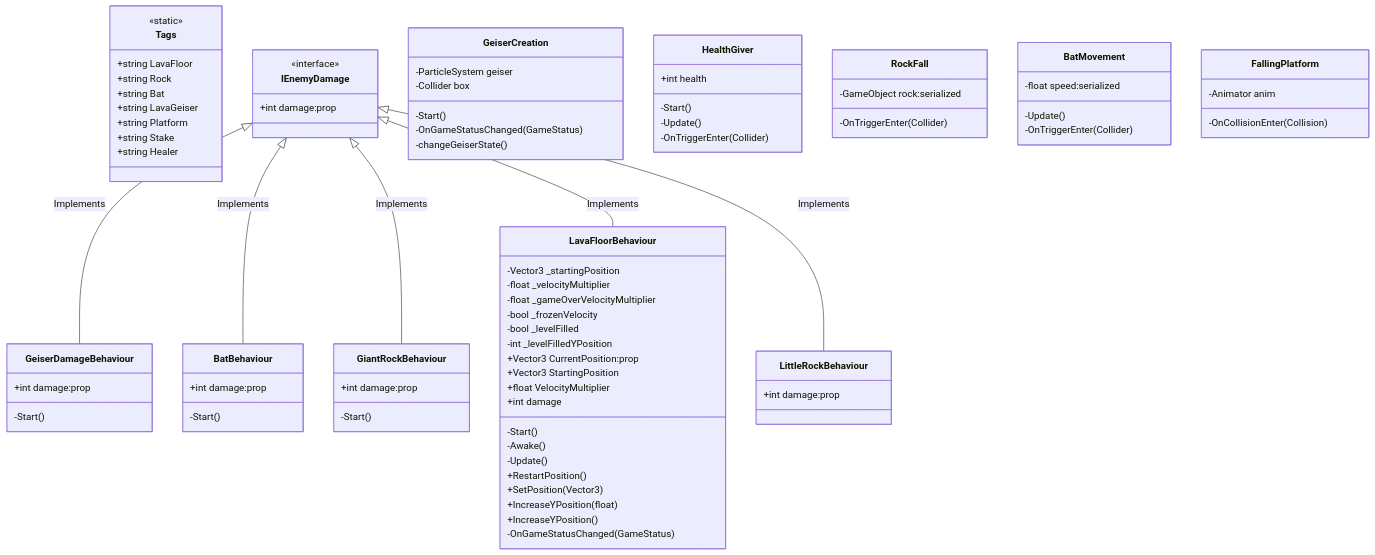
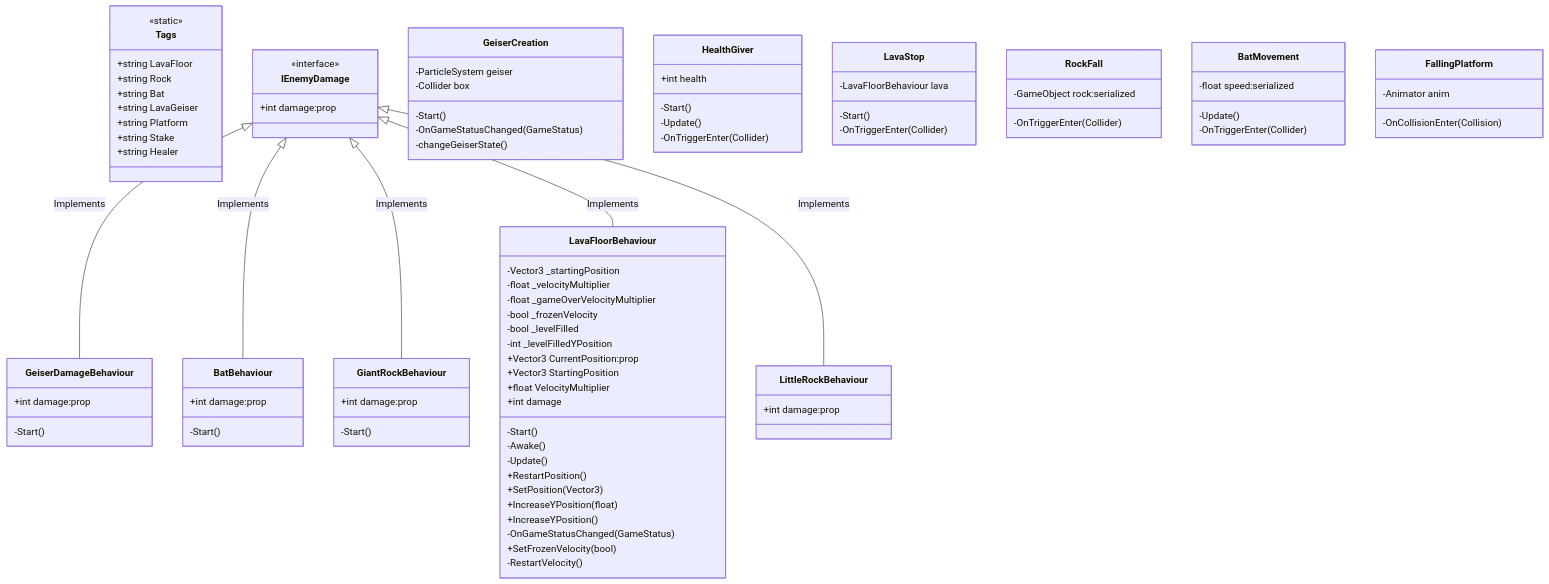
The third of 5 diagrams in README.md (Eldamo24/Floor-is-Lava), drawn with Mermaid before and after one commit.

```diff
--- a/README.md
+++ b/README.md
@@ -172,6 +172,12 @@
         -OnTriggerEnter(Collider)
     }
 
+    class LavaStop{
+	-LavaFloorBehaviour lava
+	-Start()
+	-OnTriggerEnter(Collider)
+    }
+
     IEnemyDamage<|-- LavaFloorBehaviour : Implements
     class LavaFloorBehaviour{
         -Vector3 _startingPosition
@@ -192,6 +198,8 @@
         +IncreaseYPosition(float)
         +IncreaseYPosition()
         -OnGameStatusChanged(GameStatus)
+	+SetFrozenVelocity(bool)
+	-RestartVelocity()
     }
 
     IEnemyDamage<|-- LittleRockBehaviour : Implements
```
